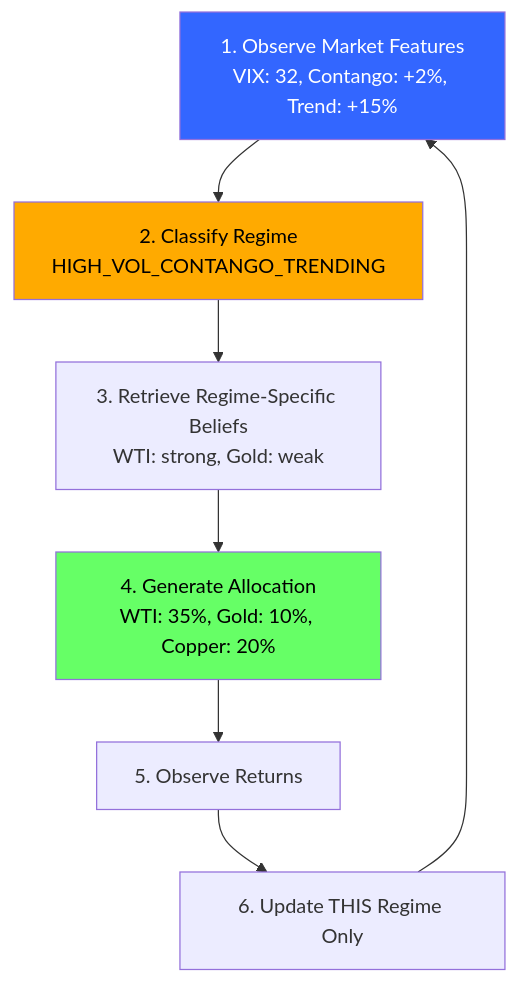
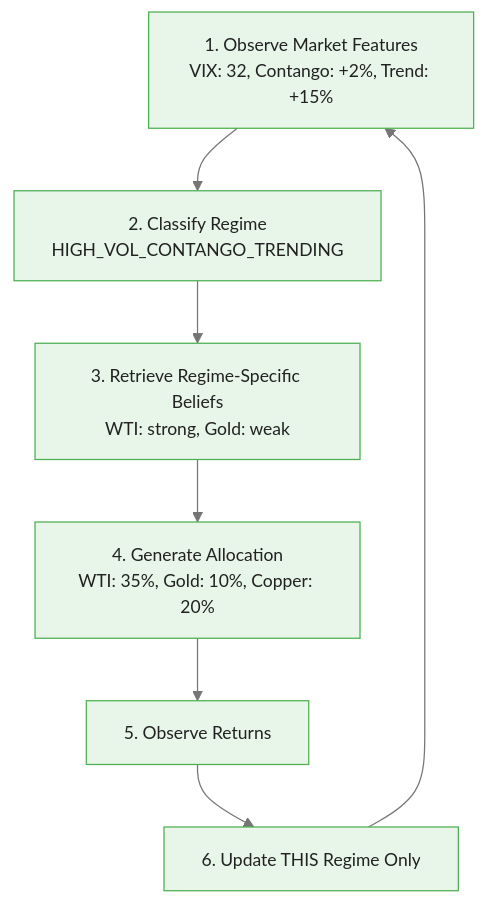
One commit to m-deane/course-creator changed the first of 3 diagrams in courses/multi-armed-bandits-ab-testing/modules/module_05_commodity_trading_bandits/guides/04_regime_aware_allocation_slides.md. Above: the diagram before and after it, drawn with Mermaid. The commit also changed other lines of this file and 146 other files, not shown here.

````diff
--- a/courses/multi-armed-bandits-ab-testing/modules/module_05_commodity_trading_bandits/guides/04_regime_aware_allocation_slides.md
+++ b/courses/multi-armed-bandits-ab-testing/modules/module_05_commodity_trading_bandits/guides/04_regime_aware_allocation_slides.md
@@ -34,13 +41,10 @@
 ```mermaid
+%%{init: {"theme": "base", "themeVariables": {"primaryColor": "#e8f5e9", "primaryBorderColor": "#4caf50", "primaryTextColor": "#212121", "secondaryColor": "#e3f2fd", "tertiaryColor": "#fff8e1", "lineColor": "#757575", "fontFamily": "Inter, sans-serif", "fontSize": "14px"}}}%%
 flowchart TD
     Obs["1. Observe Market Features<br/>VIX: 32, Contango: +2%, Trend: +15%"] --> Class["2. Classify Regime<br/>HIGH_VOL_CONTANGO_TRENDING"]
     Class --> Retrieve["3. Retrieve Regime-Specific Beliefs<br/>WTI: strong, Gold: weak"]
     Retrieve --> Alloc["4. Generate Allocation<br/>WTI: 35%, Gold: 10%, Copper: 20%"]
     Alloc --> Observe["5. Observe Returns"]
     Observe --> Update["6. Update THIS Regime Only"]
     Update --> Obs
-
-    style Obs fill:#36f,color:#fff
-    style Class fill:#fa0,color:#000
-    style Alloc fill:#6f6,color:#000
 ```
````
